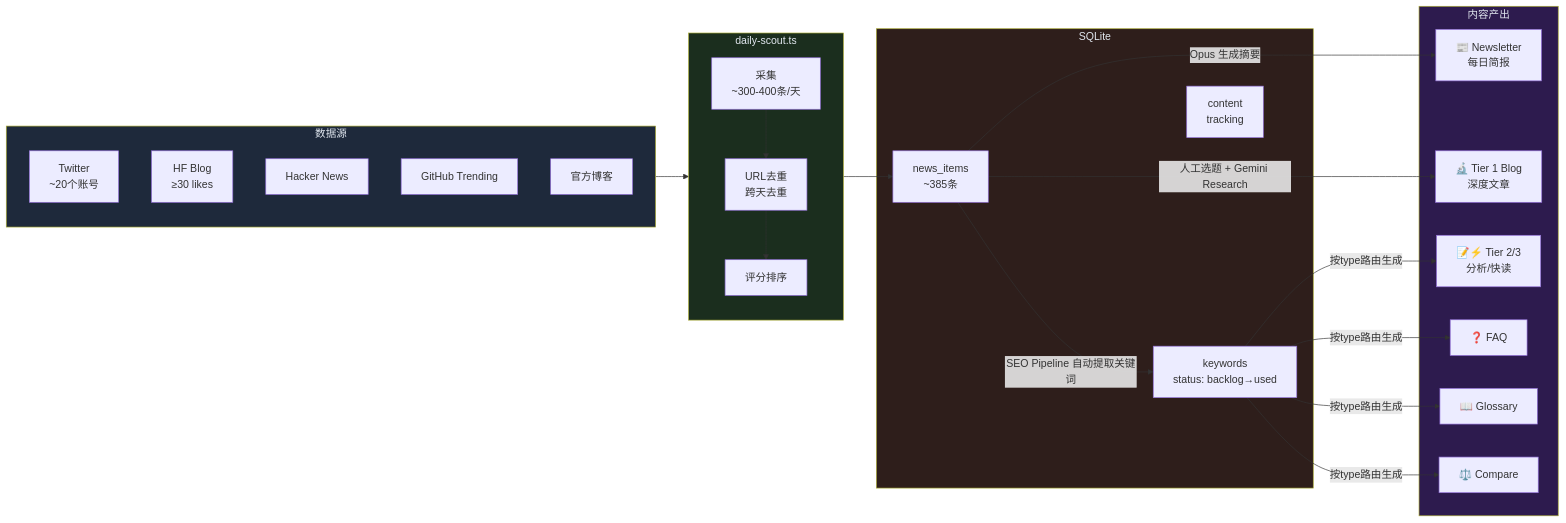
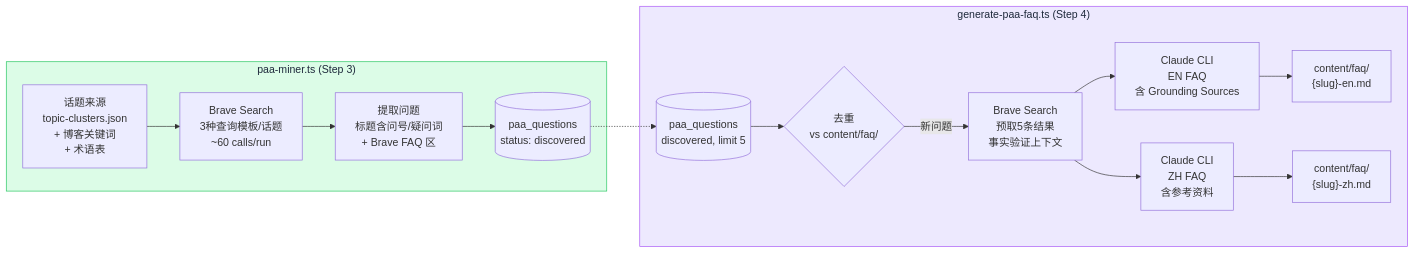
One commit to morphph/hot2content-init changed the seventh of 9 diagrams in docs/PIPELINE-ARCHITECTURE.md. Above: the diagram before and after it, drawn with Mermaid. The commit also changed other lines of this file and 3 other files, not shown here.

First line of the commit message:
Add PAA→FAQ consumer, git push in daily-seo.sh, update architecture docs

````diff
--- a/docs/PIPELINE-ARCHITECTURE.md
+++ b/docs/PIPELINE-ARCHITECTURE.md
@@ -136,43 +317,22 @@
 ```mermaid
 flowchart LR
-    subgraph Sources["数据源"]
-        S1["Twitter<br/>~20个账号"]
-        S2["HF Blog<br/>≥30 likes"]
-        S3["Hacker News"]
-        S4["GitHub Trending"]
-        S5["官方博客"]
+    subgraph Mine["paa-miner.ts (Step 3)"]
+        TOPICS["话题来源<br/>topic-clusters.json<br/>+ 博客关键词<br/>+ 术语表"] --> BRAVE_Q["Brave Search<br/>3种查询模板/话题<br/>~60 calls/run"]
+        BRAVE_Q --> EXTRACT_Q["提取问题<br/>标题含问号/疑问词<br/>+ Brave FAQ 区"]
+        EXTRACT_Q --> PAA_DB[(paa_questions<br/>status: discovered)]
     end
-    
-    subgraph Scout["daily-scout.ts"]
-        COLLECT["采集<br/>~300-400条/天"]
-        DEDUP["URL去重<br/>跨天去重"]
-        SCORE["评分排序"]
-        COLLECT --> DEDUP --> SCORE
+
+    subgraph Generate["generate-paa-faq.ts (Step 4)"]
+        PAA_DB2[(paa_questions<br/>discovered, limit 5)] --> DEDUP_FAQ{"去重<br/>vs content/faq/"}
+        DEDUP_FAQ -->|"新问题"| BRAVE_GROUND["Brave Search<br/>预取5条结果<br/>事实验证上下文"]
+        BRAVE_GROUND --> CLAUDE_EN["Claude CLI<br/>EN FAQ<br/>含 Grounding Sources"]
+        BRAVE_GROUND --> CLAUDE_ZH["Claude CLI<br/>ZH FAQ<br/>含参考资料"]
+        CLAUDE_EN --> FAQ_EN["content/faq/<br/>{slug}-en.md"]
+        CLAUDE_ZH --> FAQ_ZH["content/faq/<br/>{slug}-zh.md"]
     end
-    
-    subgraph DB["SQLite"]
-        NEWS_TABLE["news_items<br/>~385条"]
-        KW_TABLE["keywords<br/>status: backlog→used"]
-        CONTENT_TABLE["content<br/>tracking"]
-    end
-    
-    subgraph Output["内容产出"]
-        NL["📰 Newsletter<br/>每日简报"]
-        T1["🔬 Tier 1 Blog<br/>深度文章"]
-        T23["📝⚡ Tier 2/3<br/>分析/快读"]
-        FAQ["❓ FAQ"]
-        GLOSS["📖 Glossary"]
-        COMP["⚖️ Compare"]
-    end
-    
-    Sources --> Scout --> NEWS_TABLE
-    NEWS_TABLE --> |"Opus 生成摘要"| NL
-    NEWS_TABLE --> |"人工选题 + Gemini Research"| T1
-    NEWS_TABLE --> |"SEO Pipeline 自动提取关键词"| KW_TABLE
-    KW_TABLE --> |"按type路由生成"| T23 & FAQ & GLOSS & COMP
 
-    style Sources fill:#1e293b,color:#e2e8f0
-    style Scout fill:#1b2e1e,color:#e2e8f0
-    style DB fill:#2e1e1b,color:#e2e8f0
-    style Output fill:#2d1b4e,color:#e2e8f0
+    PAA_DB -.-> PAA_DB2
+
+    style Mine fill:#dcfce7,stroke:#22c55e,color:#1e293b
+    style Generate fill:#ede9fe,stroke:#a855f7,color:#1e293b
 ```
````
